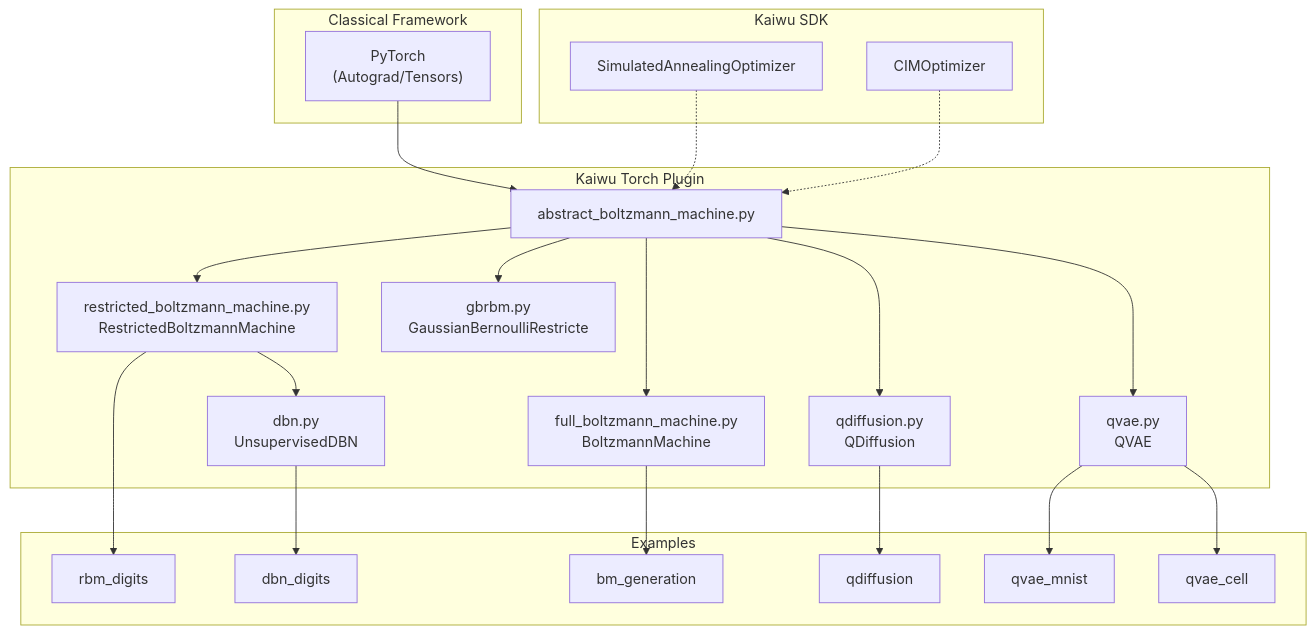
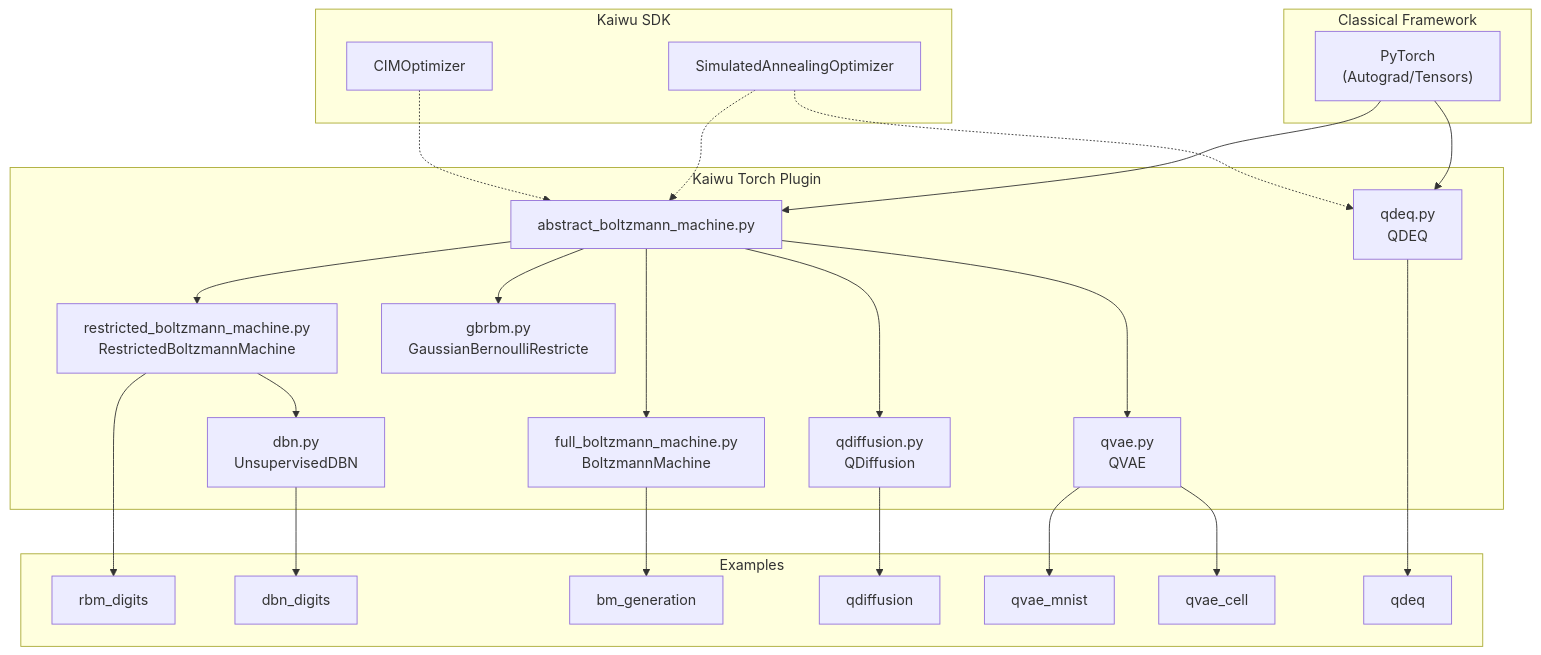
The first of 3 diagrams in docs/source/getting_started/introduction.md (qboson/kaiwu-pytorch-plugin), drawn with Mermaid before and after one commit. The commit also changed other lines of this file and 2 other files, not shown here.

First line of the commit message:
docs: add QDEQ to the project structure diagrams and module lists

````diff
--- a/docs/source/getting_started/introduction.md
+++ b/docs/source/getting_started/introduction.md
@@ -51,45 +51,50 @@
 ```{mermaid}
 graph TD
     subgraph Classical_Framework ["Classical Framework"]
         PyTorch["PyTorch<br>(Autograd/Tensors)"]
     end
     subgraph Kaiwu_SDK ["Kaiwu SDK"]
         SA["SimulatedAnnealingOptimizer"]
         CIM["CIMOptimizer"]
     end
     subgraph Torch_Plugin ["Kaiwu Torch Plugin"]
         Abstract["abstract_boltzmann_machine.py"]
         RBM["restricted_boltzmann_machine.py<br>RestrictedBoltzmannMachine"]
         GBRBM["gbrbm.py<br>GaussianBernoulliRestricte"]
         DBN["dbn.py<br>UnsupervisedDBN"]
         FullBM["full_boltzmann_machine.py<br>BoltzmannMachine"]
         QDiff["qdiffusion.py<br>QDiffusion"]
         QVAE["qvae.py<br>QVAE"]
+        QDEQ["qdeq.py<br>QDEQ"]
     end
     subgraph Examples
         rbm_digits["rbm_digits"]
         dbn_digits["dbn_digits"]
         bm_generation["bm_generation"]
         qdiffusion["qdiffusion"]
         qvae_mnist["qvae_mnist"]
         qvae_cell["qvae_cell"]
+        qdeq_example["qdeq"]
     end
     %% 顶部到插件
     PyTorch --> Abstract
     SA -.-> Abstract
     CIM -.-> Abstract
+    PyTorch --> QDEQ
+    SA -.-> QDEQ
     %% 插件内部
     Abstract --> RBM
     Abstract --> GBRBM
     Abstract --> FullBM
     Abstract --> QDiff
     Abstract --> QVAE
     RBM --> DBN
     %% 插件到Examples
     RBM --> rbm_digits
     DBN --> dbn_digits
     FullBM --> bm_generation
     QDiff --> qdiffusion
     QVAE --> qvae_mnist
     QVAE --> qvae_cell
+    QDEQ --> qdeq_example
 ```
````
